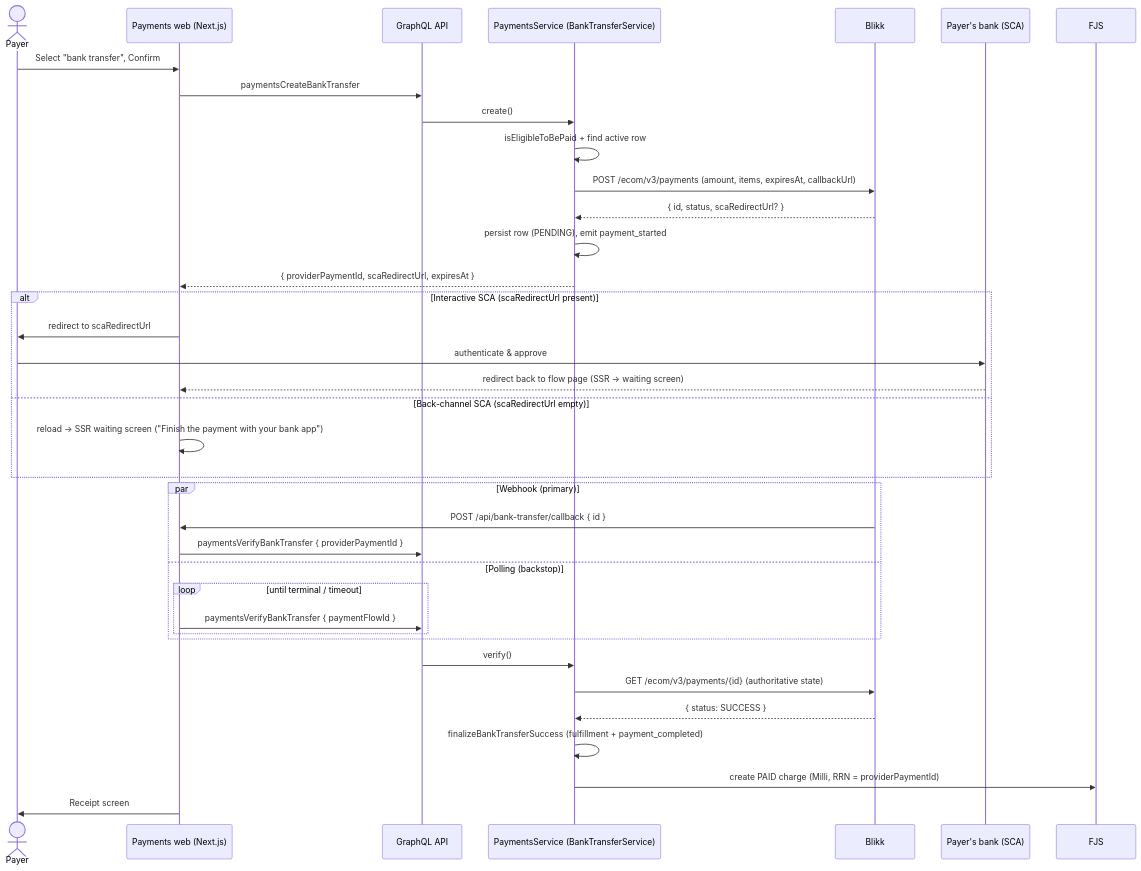
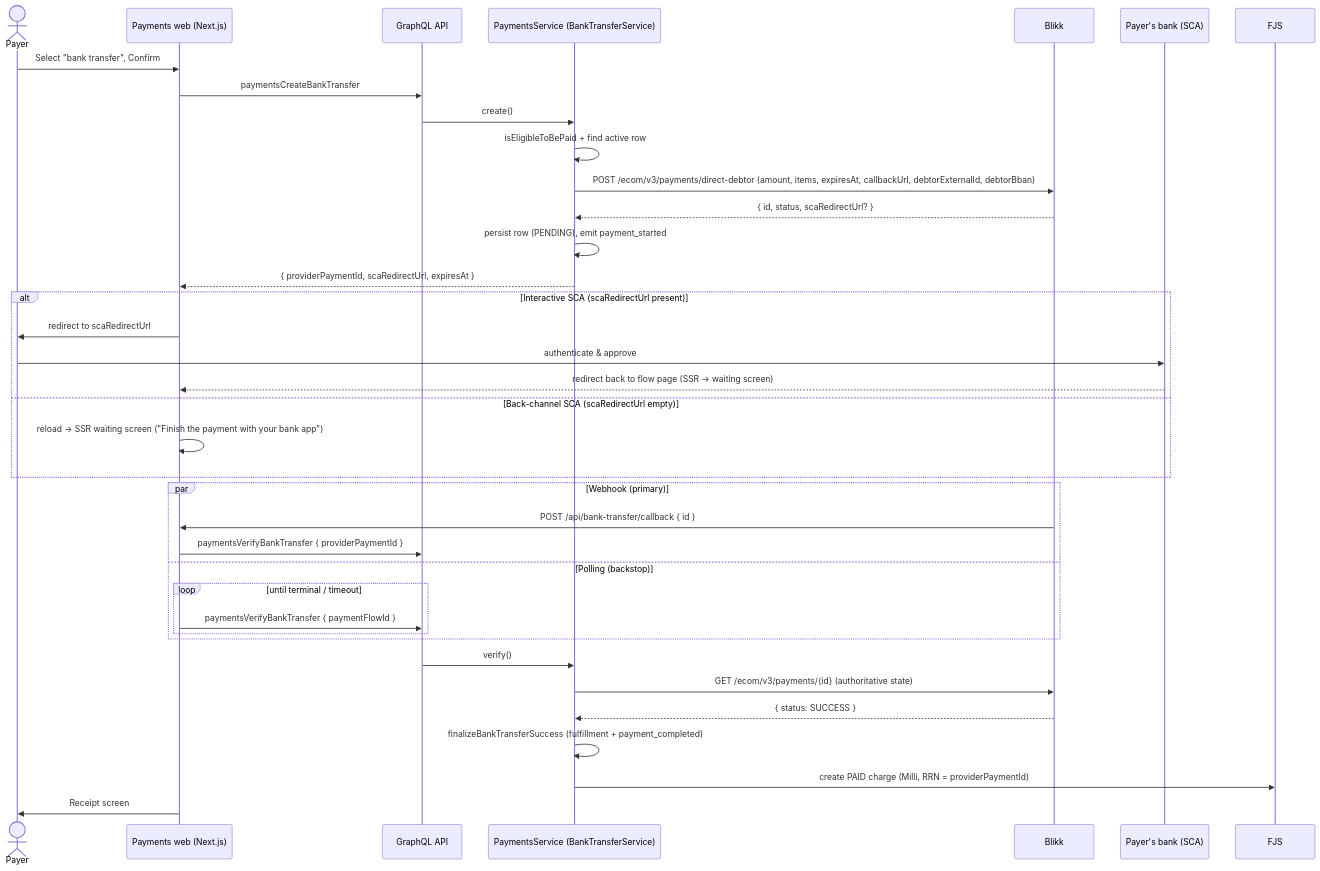
Before and after one commit to island-is/island.is: the first of 2 diagrams in apps/services/payments/src/app/bankTransferPayment/README.md, drawn with Mermaid. The commit also changed 17 other files, not shown here.

````diff
--- a/apps/services/payments/src/app/bankTransferPayment/README.md
+++ b/apps/services/payments/src/app/bankTransferPayment/README.md
@@ -47,43 +47,43 @@
 ```mermaid
 sequenceDiagram
     actor U as Payer
     participant FE as Payments web (Next.js)
     participant GQL as GraphQL API
     participant SVC as PaymentsService (BankTransferService)
     participant B as Blikk
     participant Bank as Payer's bank (SCA)
     participant FJS as FJS
 
     U->>FE: Select "bank transfer", Confirm
     FE->>GQL: paymentsCreateBankTransfer
     GQL->>SVC: create()
     SVC->>SVC: isEligibleToBePaid + find active row
-    SVC->>B: POST /ecom/v3/payments (amount, items, expiresAt, callbackUrl)
+    SVC->>B: POST /ecom/v3/payments/direct-debtor (amount, items, expiresAt, callbackUrl, debtorExternalId, debtorBban)
     B-->>SVC: { id, status, scaRedirectUrl? }
     SVC->>SVC: persist row (PENDING), emit payment_started
     SVC-->>FE: { providerPaymentId, scaRedirectUrl, expiresAt }
 
     alt Interactive SCA (scaRedirectUrl present)
         FE->>U: redirect to scaRedirectUrl
         U->>Bank: authenticate & approve
         Bank-->>FE: redirect back to flow page (SSR → waiting screen)
     else Back-channel SCA (scaRedirectUrl empty)
         FE->>FE: reload → SSR waiting screen ("Finish the payment with your bank app")
     end
 
     par Webhook (primary)
         B->>FE: POST /api/bank-transfer/callback { id }
         FE->>GQL: paymentsVerifyBankTransfer { providerPaymentId }
     and Polling (backstop)
         loop until terminal / timeout
             FE->>GQL: paymentsVerifyBankTransfer { paymentFlowId }
         end
     end
 
     GQL->>SVC: verify()
     SVC->>B: GET /ecom/v3/payments/{id} (authoritative state)
     B-->>SVC: { status: SUCCESS }
     SVC->>SVC: finalizeBankTransferSuccess (fulfillment + payment_completed)
     SVC->>FJS: create PAID charge (Milli, RRN = providerPaymentId)
     FE->>U: Receipt screen
 ```
````
